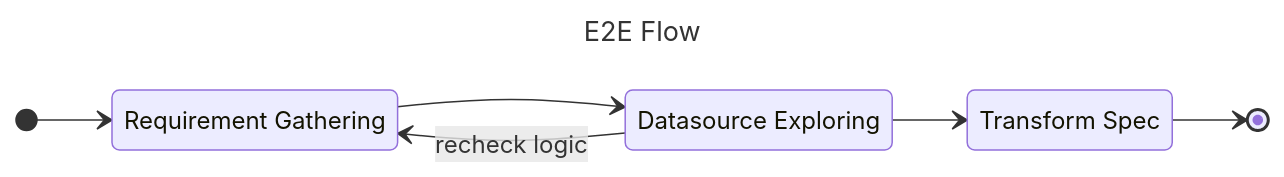
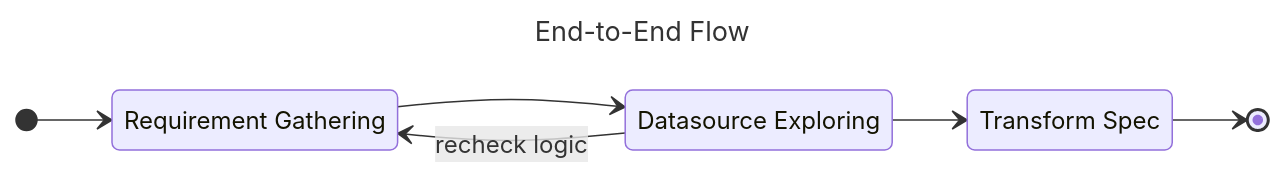
One commit to korawica/data-modeling changed the diagram in docs/index.md. Above: the diagram before and after it, drawn with Mermaid. The commit also changed other lines of this file and 5 other files, not shown here.

````diff
--- a/docs/index.md
+++ b/docs/index.md
@@ -11,17 +11,17 @@
 ```mermaid
 ---
-title: E2E Flow
+title: End-to-End Flow
 ---
 stateDiagram-v2
     direction LR
     R: Requirement Gathering
     D: Datasource Exploring
     T: Transform Spec
     
     [*] --> R
 
     R --> D
     D --> R: recheck logic
     D --> T
     T --> [*]
 ```
````
